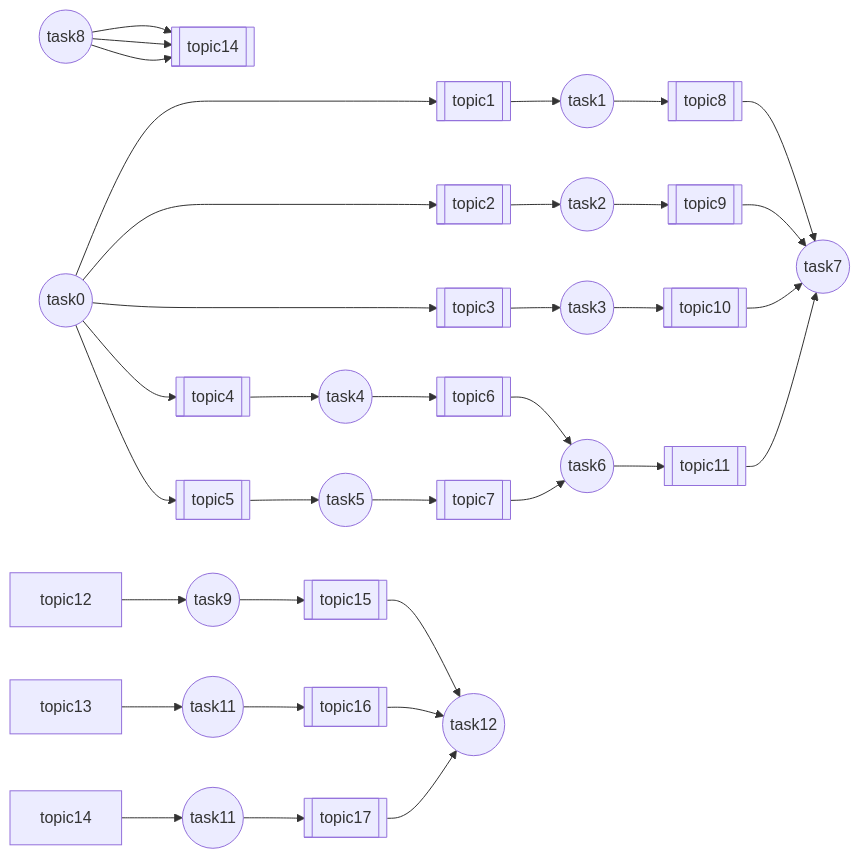
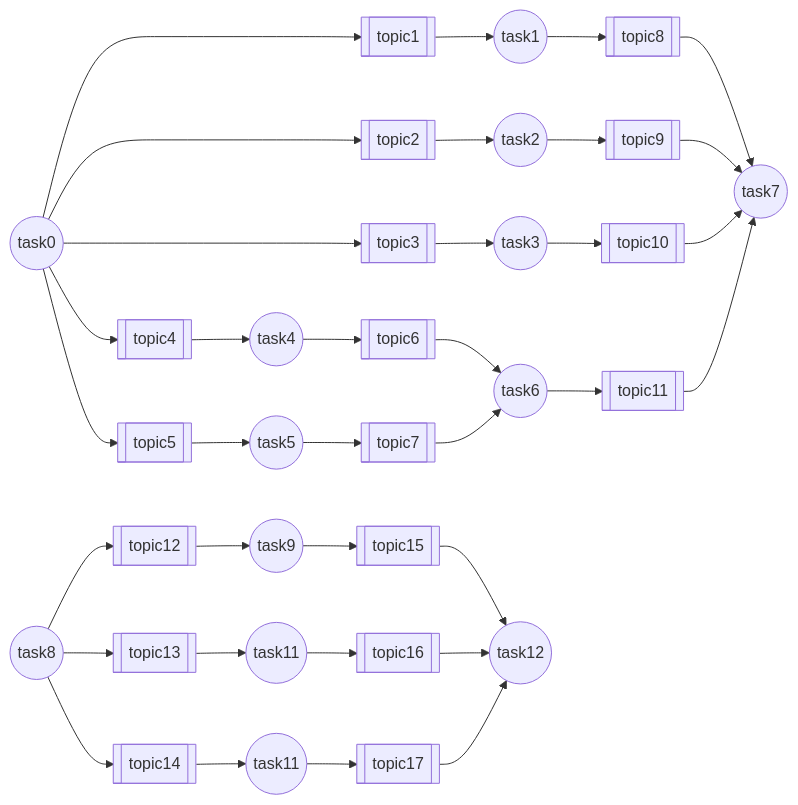
One commit to ruth561/DAG-BPF changed the diagram in app/dag-task-3/README.md. Above: the diagram before and after it, drawn with Mermaid. The commit also changed other lines of this file, not shown here.

Commit message:
Revised app/dag-task-3/README.md

````diff
--- a/app/dag-task-3/README.md
+++ b/app/dag-task-3/README.md
@@ -3,48 +3,48 @@
 ```mermaid
 graph LR
 	task0((task0)) --> topic1[[topic1]]
 	task0((task0)) --> topic2[[topic2]]
 	task0((task0)) --> topic3[[topic3]]
 	task0((task0)) --> topic4[[topic4]]
 	task0((task0)) --> topic5[[topic5]]
 
 	topic1 --> task1((task1))
 	topic2 --> task2((task2))
 	topic3 --> task3((task3))
 	topic4 --> task4((task4))
 	topic5 --> task5((task5))
 
 	task1 --> topic8[[topic8]]
 	task2 --> topic9[[topic9]]
 	task3 --> topic10[[topic10]]
 	
 	topic8 --> task7((task7))
 	topic9 --> task7
 	topic10 --> task7
 
 	task4 --> topic6[[topic6]]
 	task5 --> topic7[[topic7]]
 
 	topic6 --> task6((task6))
 	topic7 --> task6
 
 	task6 --> topic11[[topic11]]
 
 	topic11 --> task7
 
-	task8((task8)) --> topic[[topic12]]
-	task8          --> topic[[topic13]]
-	task8          --> topic[[topic14]]
+	task8((task8)) --> topic12[[topic12]]
+	task8          --> topic13[[topic13]]
+	task8          --> topic14[[topic14]]
 
 	topic12 --> task9((task9))
 	topic13 --> task10((task11))
 	topic14 --> task11((task11))
 
 	task9   --> topic15[[topic15]]
 	task10  --> topic16[[topic16]]
 	task11  --> topic17[[topic17]]
 
 	topic15 --> task12((task12))
 	topic16 --> task12
 	topic17 --> task12
 ```
````
